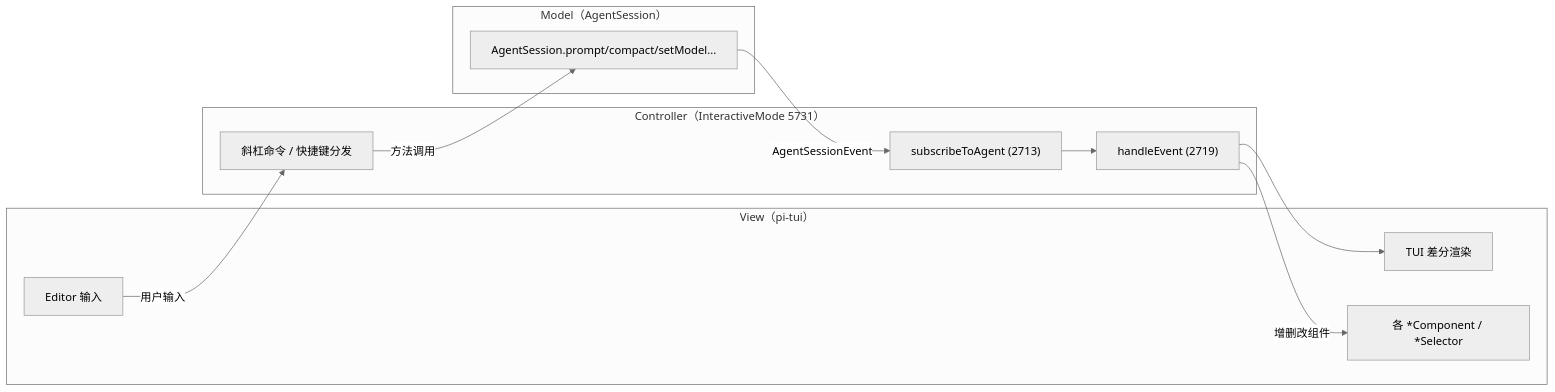
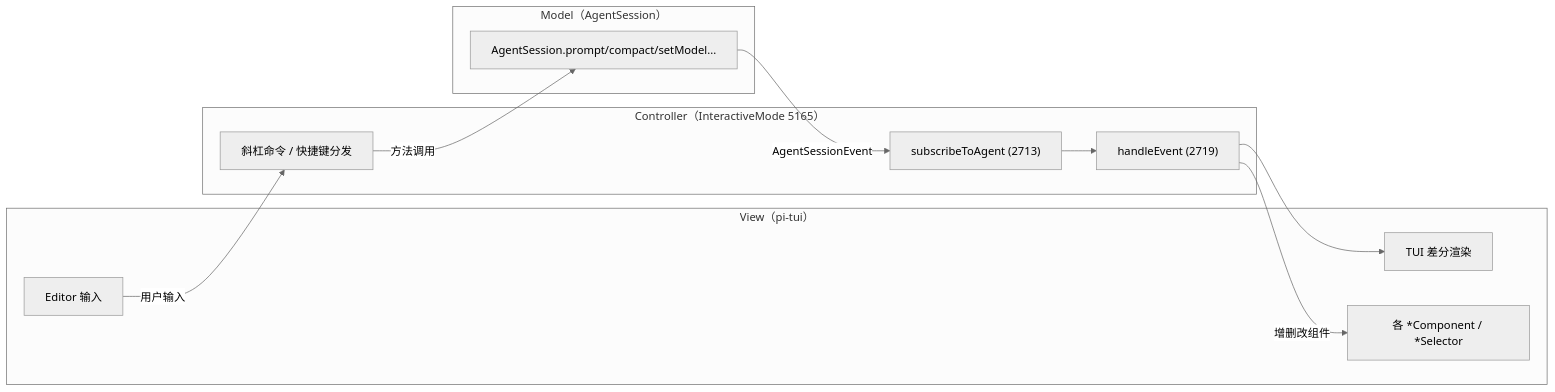
Before and after one commit to ljie-PI/pi: the first of 4 diagrams in docs/deep-dive/09-interactive-mode.md, drawn with Mermaid. The commit also changed other lines of this file and 13 other files, not shown here.

````diff
--- a/docs/deep-dive/09-interactive-mode.md
+++ b/docs/deep-dive/09-interactive-mode.md
@@ -11,23 +11,23 @@
 ```mermaid
 %%{init: {'theme': 'neutral'}}%%
 graph LR
     subgraph View["View（pi-tui）"]
         tui["TUI 差分渲染"]
         editor["Editor 输入"]
         comps["各 *Component / *Selector"]
     end
-    subgraph Controller["Controller（InteractiveMode 5731）"]
+    subgraph Controller["Controller（InteractiveMode 5165）"]
         sub["subscribeToAgent (2713)"]
         he["handleEvent (2719)"]
         cmd["斜杠命令 / 快捷键分发"]
     end
     subgraph Model["Model（AgentSession）"]
         as["AgentSession.prompt/compact/setModel..."]
     end
     as -->|AgentSessionEvent| sub
     sub --> he
     he -->|增删改组件| comps
     he --> tui
     editor -->|用户输入| cmd
     cmd -->|方法调用| as
 ```
````
